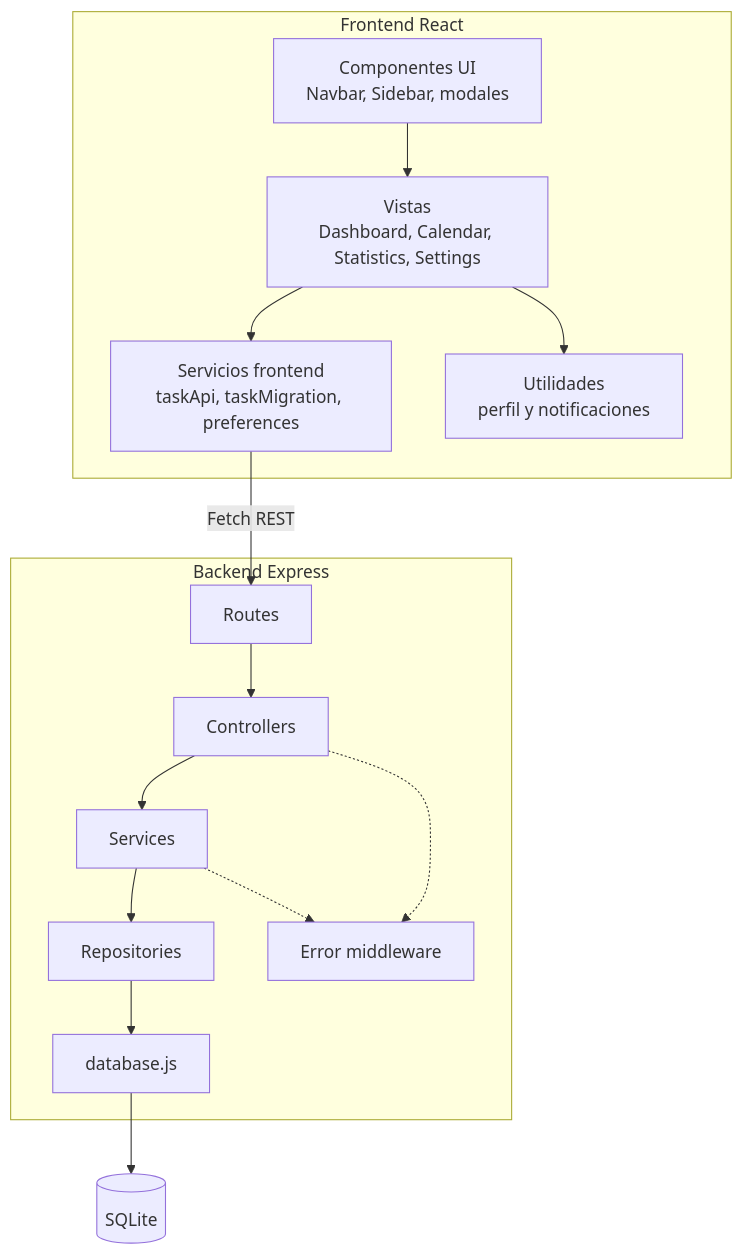
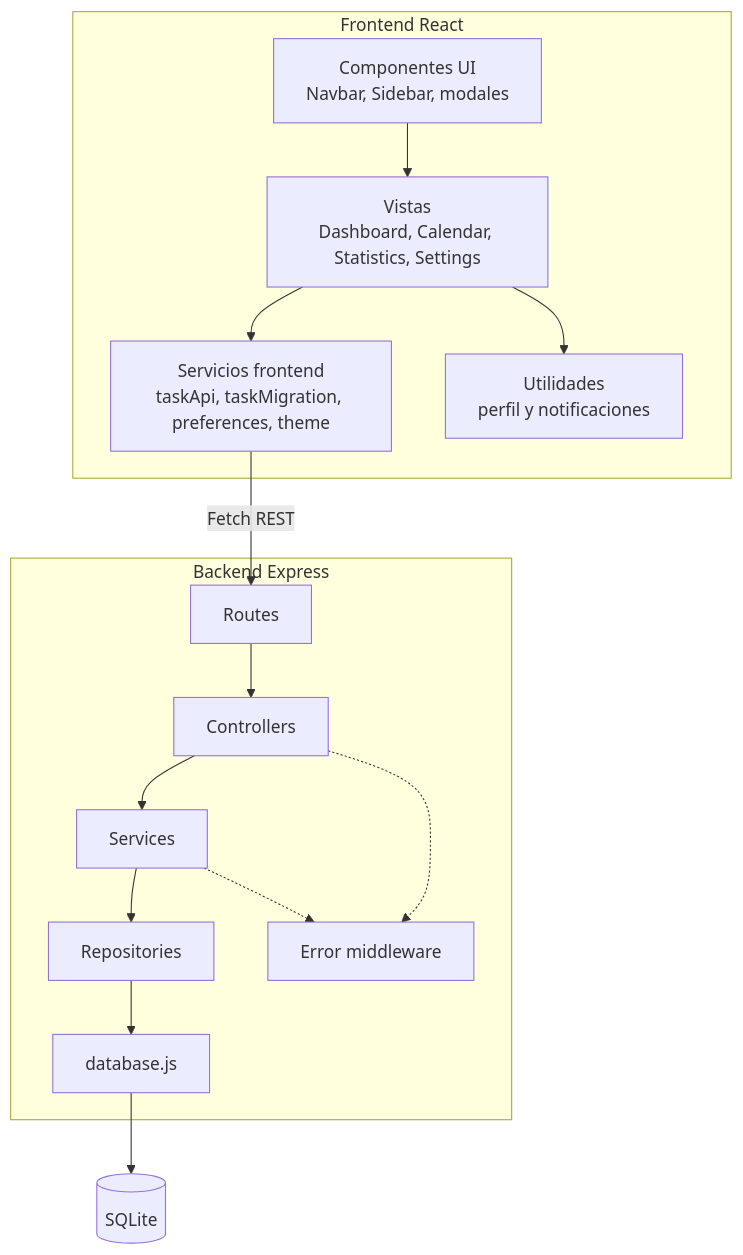
Before and after one commit to HenrySTamina/TaskFlow: the second of 5 diagrams in docs/ARQUITECTURA.md, drawn with Mermaid. The commit also changed other lines of this file and 3 other files, not shown here.

````diff
--- a/docs/ARQUITECTURA.md
+++ b/docs/ARQUITECTURA.md
@@ -23,25 +23,25 @@
 ```mermaid
 flowchart TB
     subgraph FE["Frontend React"]
         UI["Componentes UI\nNavbar, Sidebar, modales"]
         VW["Vistas\nDashboard, Calendar, Statistics, Settings"]
-        FS["Servicios frontend\ntaskApi, taskMigration, preferences"]
+        FS["Servicios frontend\ntaskApi, taskMigration, preferences, theme"]
         UT["Utilidades\nperfil y notificaciones"]
         UI --> VW
         VW --> FS
         VW --> UT
     end
 
     subgraph BE["Backend Express"]
         RT["Routes"] --> CT["Controllers"]
         CT --> BS["Services"]
         BS --> RE["Repositories"]
         RE --> DA["database.js"]
         MD["Error middleware"]
         CT -.-> MD
         BS -.-> MD
     end
 
     FS -->|"Fetch REST"| RT
     DA --> SQ[("SQLite")]
 ```
````
